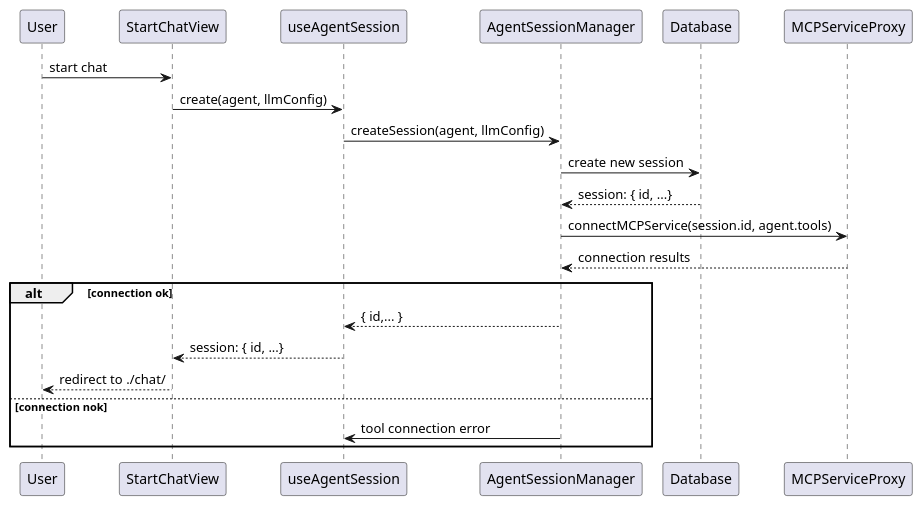
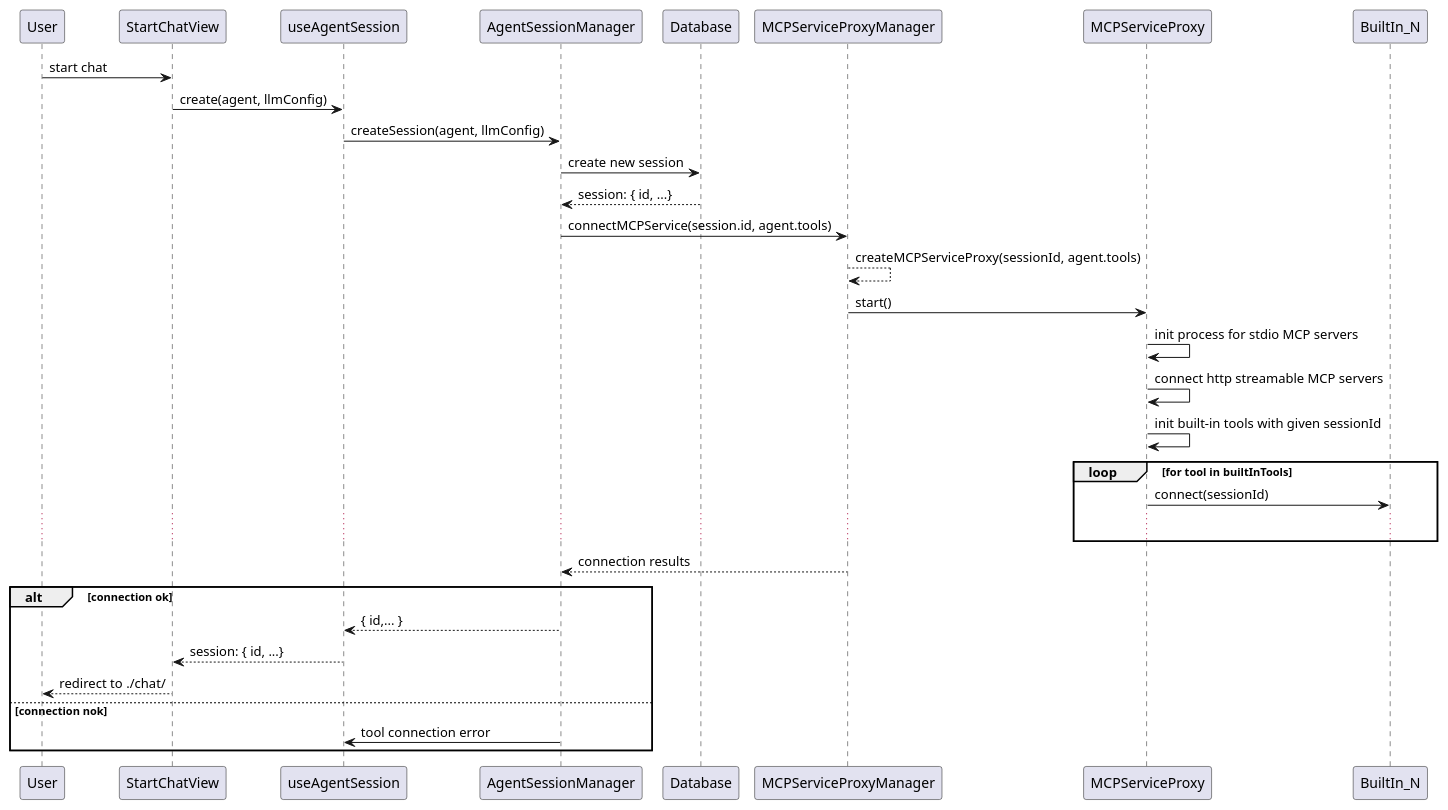
One commit to fritzprix/libr-agent changed the first of 3 diagrams in idea.md. Above: the diagram before and after it, drawn with PlantUML. The commit also changed other lines of this file and 81 other files, not shown here.

````diff
--- a/idea.md
+++ b/idea.md
@@ -44,18 +44,27 @@
   ```puml
   @startuml
   User -> StartChatView: start chat
   StartChatView -> useAgentSession: create(agent, llmConfig)
   useAgentSession -> AgentSessionManager: createSession(agent, llmConfig)
   AgentSessionManager -> Database: create new session
   Database --> AgentSessionManager: session: { id, ...}
-  AgentSessionManager -> MCPServiceProxy: connectMCPService(session.id, agent.tools)
-  MCPServiceProxy --> AgentSessionManager: connection results
+  AgentSessionManager -> MCPServiceProxyManager: connectMCPService(session.id, agent.tools)
+  MCPServiceProxyManager --> MCPServiceProxyManager: createMCPServiceProxy(sessionId, agent.tools)
+  MCPServiceProxyManager -> MCPServiceProxy: start()
+  MCPServiceProxy -> MCPServiceProxy: init process for stdio MCP servers
+  MCPServiceProxy -> MCPServiceProxy: connect http streamable MCP servers
+  MCPServiceProxy -> MCPServiceProxy: init built-in tools with given sessionId
+  loop for tool in builtInTools
+  MCPServiceProxy -> BuiltIn_N : connect(sessionId)
+  ...
+  end
+  MCPServiceProxyManager --> AgentSessionManager: connection results
   alt connection ok
   AgentSessionManager --> useAgentSession: { id,... }
   useAgentSession --> StartChatView: session: { id, ...}
   StartChatView --> User: redirect to ./chat/
   else connection nok
   AgentSessionManager -> useAgentSession: tool connection error
   end
   @enduml
   ```
````
